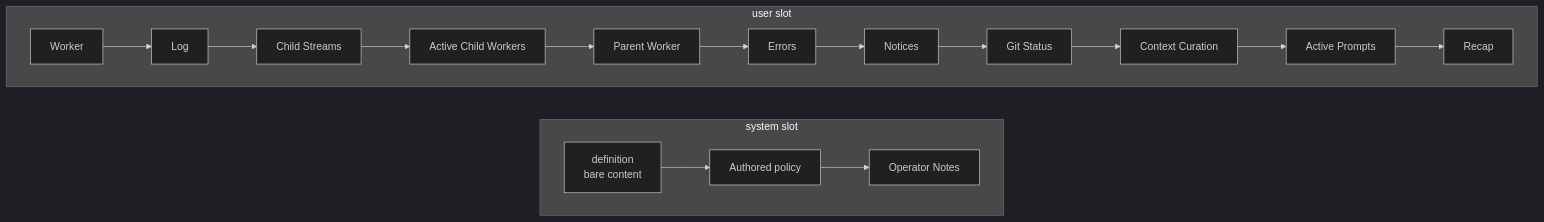
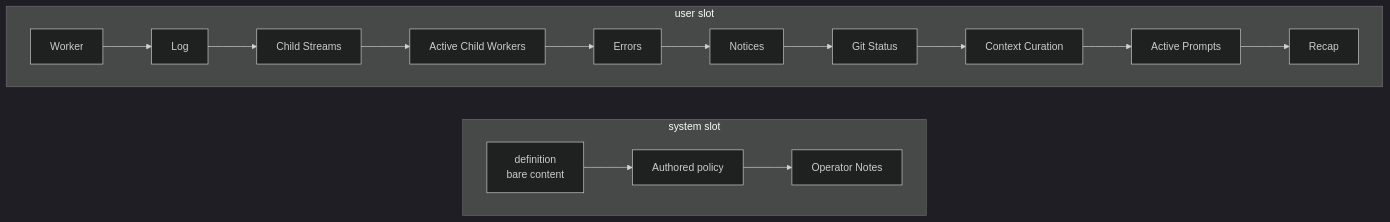
Before and after one commit to plurnk/plurnk-service: the diagram in plurnk-plurnkdown/SPEC.md, drawn with Mermaid (dark theme). The commit also changed other lines of this file and 7 other files, not shown here.

Commit message:
fix(packet): child sections state emptiness; parent on the Worker block (#609)

````diff
--- a/plurnk-plurnkdown/SPEC.md
+++ b/plurnk-plurnkdown/SPEC.md
@@ -27,22 +28,21 @@
 ```mermaid
 flowchart LR
     subgraph system[system slot]
         direction LR
         definition["definition<br/>bare content"] --> policy["Authored policy"]
         policy --> notes["Operator Notes"]
     end
 
     subgraph user[user slot]
         direction LR
         worker["Worker"] --> log["Log"]
         log --> streams["Child Streams"]
         streams --> workers["Active Child Workers"]
-        workers --> parent["Parent Worker"]
-        parent --> errors["Errors"]
+        workers --> errors["Errors"]
         errors --> notices["Notices"]
         notices --> git["Git Status"]
         git --> budget["Context Curation"]
         budget --> prompts["Active Prompts"]
         prompts --> recap["Recap"]
     end
 ```
````
